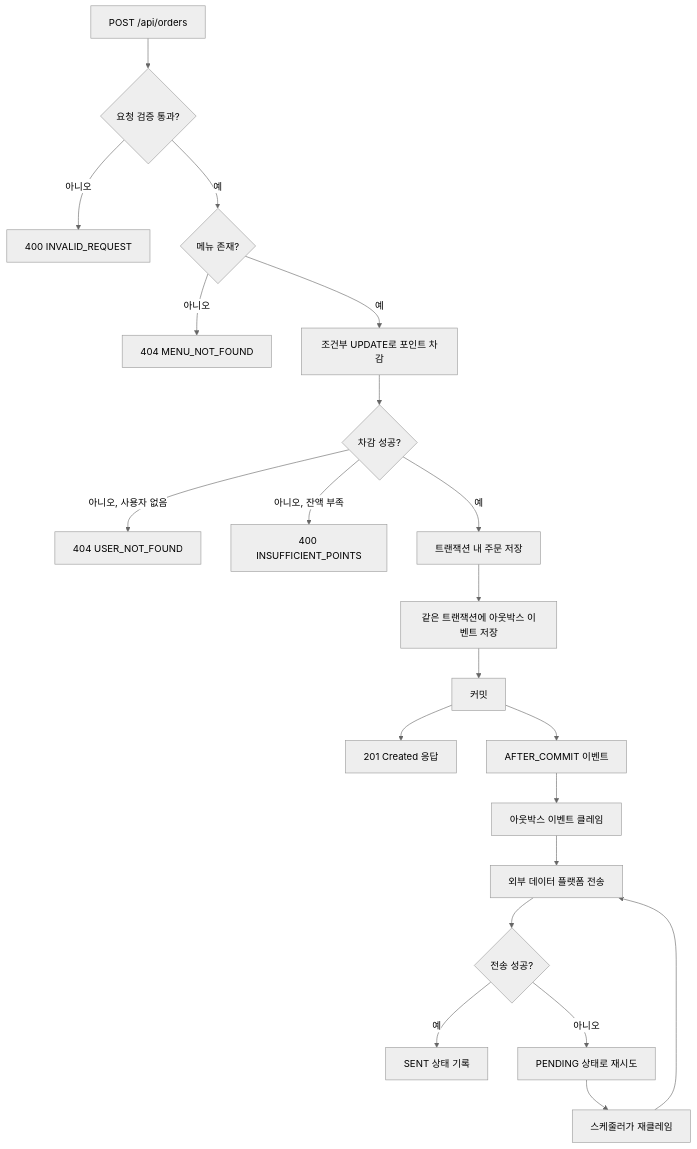
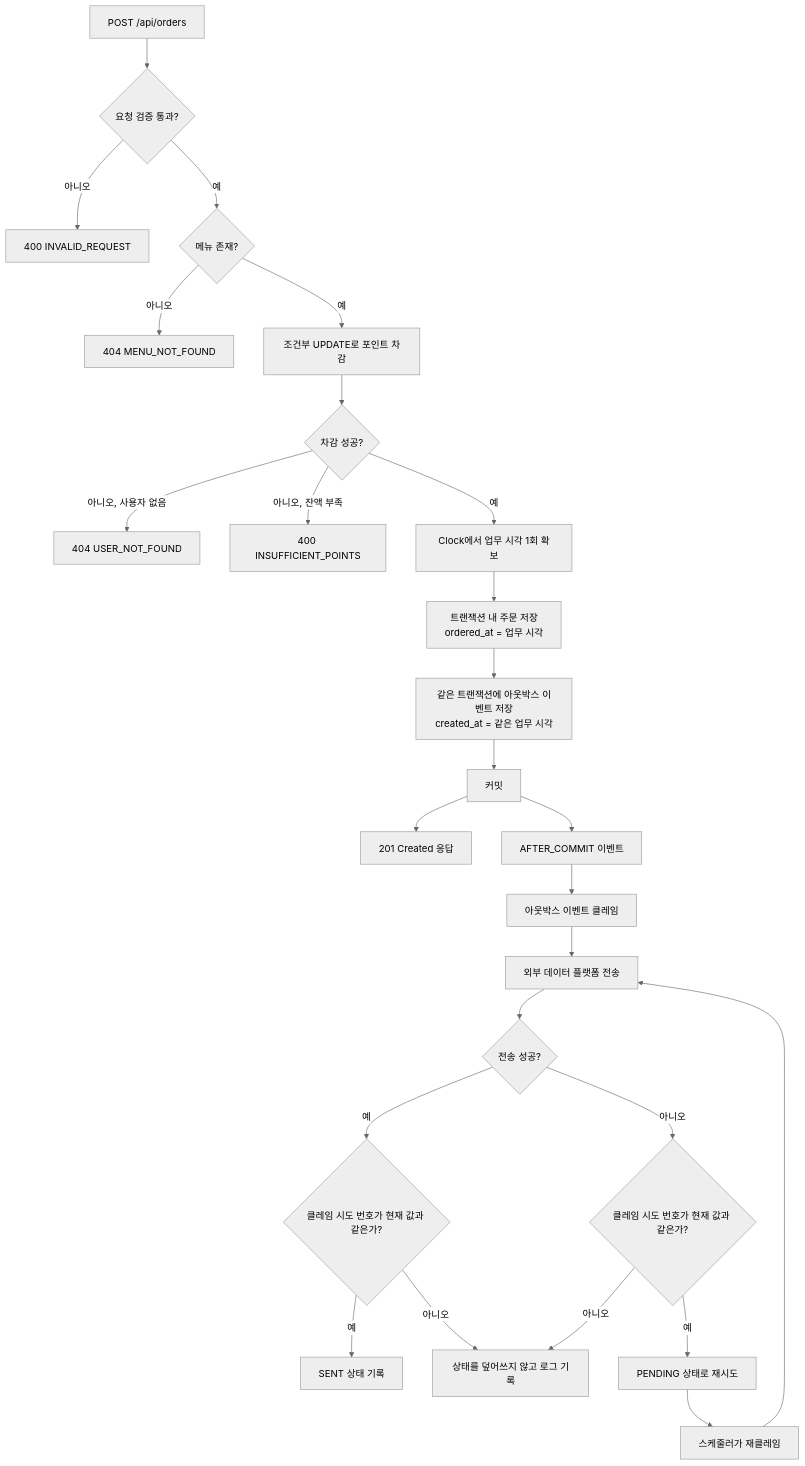
The diagram in docs/FLOWCHART.md (inan0226/coffee-order-service), drawn with Mermaid (neutral theme) before and after one commit. The commit also changed 3 other files, not shown here.

````diff
--- a/docs/FLOWCHART.md
+++ b/docs/FLOWCHART.md
@@ -3,23 +3,28 @@
 ```mermaid
 flowchart TD
     A[POST /api/orders] --> B{요청 검증 통과?}
     B -- 아니오 --> X[400 INVALID_REQUEST]
     B -- 예 --> C{메뉴 존재?}
     C -- 아니오 --> Y[404 MENU_NOT_FOUND]
     C -- 예 --> D[조건부 UPDATE로 포인트 차감]
     D --> E{차감 성공?}
     E -- 아니오, 사용자 없음 --> Z[404 USER_NOT_FOUND]
     E -- 아니오, 잔액 부족 --> AA[400 INSUFFICIENT_POINTS]
-    E -- 예 --> F[트랜잭션 내 주문 저장]
-    F --> G[같은 트랜잭션에 아웃박스 이벤트 저장]
+    E -- 예 --> T[Clock에서 업무 시각 1회 확보]
+    T --> F[트랜잭션 내 주문 저장<br/>ordered_at = 업무 시각]
+    F --> G[같은 트랜잭션에 아웃박스 이벤트 저장<br/>created_at = 같은 업무 시각]
     G --> H[커밋]
     H --> I[201 Created 응답]
     H --> J[AFTER_COMMIT 이벤트]
     J --> K[아웃박스 이벤트 클레임]
     K --> L[외부 데이터 플랫폼 전송]
     L --> M{전송 성공?}
-    M -- 예 --> N[SENT 상태 기록]
-    M -- 아니오 --> O[PENDING 상태로 재시도]
-    O --> P[스케줄러가 재클레임]
+    M -- 예 --> N{클레임 시도 번호가 현재 값과 같은가?}
+    N -- 예 --> Q[SENT 상태 기록]
+    N -- 아니오 --> R[상태를 덮어쓰지 않고 로그 기록]
+    M -- 아니오 --> O{클레임 시도 번호가 현재 값과 같은가?}
+    O -- 예 --> S[PENDING 상태로 재시도]
+    O -- 아니오 --> R
+    S --> P[스케줄러가 재클레임]
     P --> L
 ```
````
